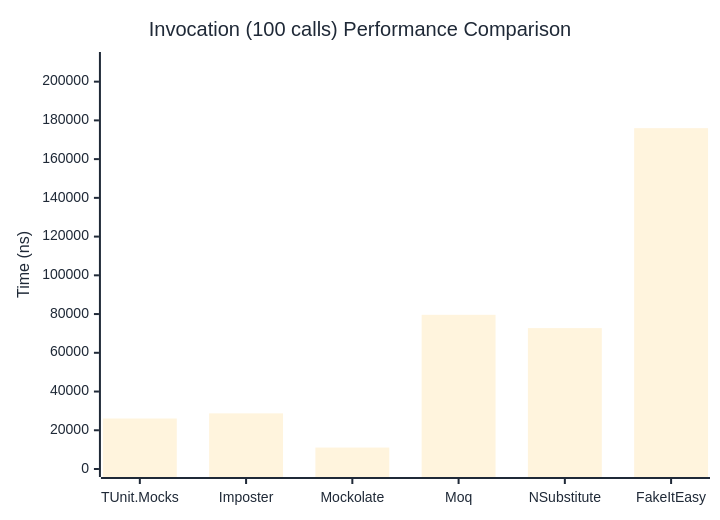
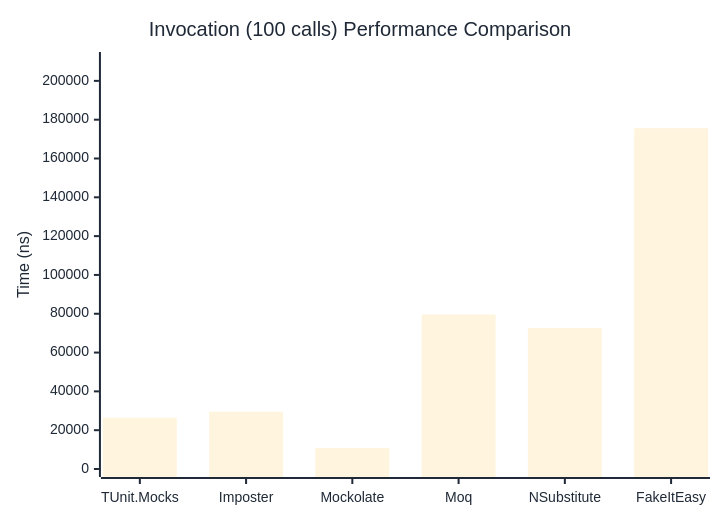
The third of 3 diagrams in docs/docs/benchmarks/mocks/Invocation.md (thomhurst/TUnit), drawn with Mermaid before and after one commit. The commit also changed other lines of this file and 14 other files, not shown here.

````diff
--- a/docs/docs/benchmarks/mocks/Invocation.md
+++ b/docs/docs/benchmarks/mocks/Invocation.md
@@ -110,27 +110,27 @@
 ```mermaid
 %%{init: {
   'theme':'base',
   'themeVariables': {
     'primaryColor': '#2563eb',
     'primaryTextColor': '#1f2937',
     'primaryBorderColor': '#1e40af',
     'lineColor': '#6b7280',
     'secondaryColor': '#7c3aed',
     'tertiaryColor': '#dc2626',
     'background': '#ffffff',
     'pie1': '#2563eb',
     'pie2': '#7c3aed',
     'pie3': '#dc2626',
     'pie4': '#f59e0b',
     'pie5': '#10b981',
     'pie6': '#06b6d4',
     'pie7': '#ec4899',
     'pie8': '#6366f1'
   }
 }}%%
 xychart-beta
   title "Invocation (100 calls) Performance Comparison"
   x-axis ["TUnit.Mocks", "Imposter", "Mockolate", "Moq", "NSubstitute", "FakeItEasy"]
-  y-axis "Time (ns)" 0 --> 211180
-  bar [26067.49, 28722.53, 11074.26, 79608.76, 72743.88, 175982.51]
+  y-axis "Time (ns)" 0 --> 210753
+  bar [26440.1, 29534.5, 10847.1, 79574.6, 72639, 175627.2]
 ```
````
